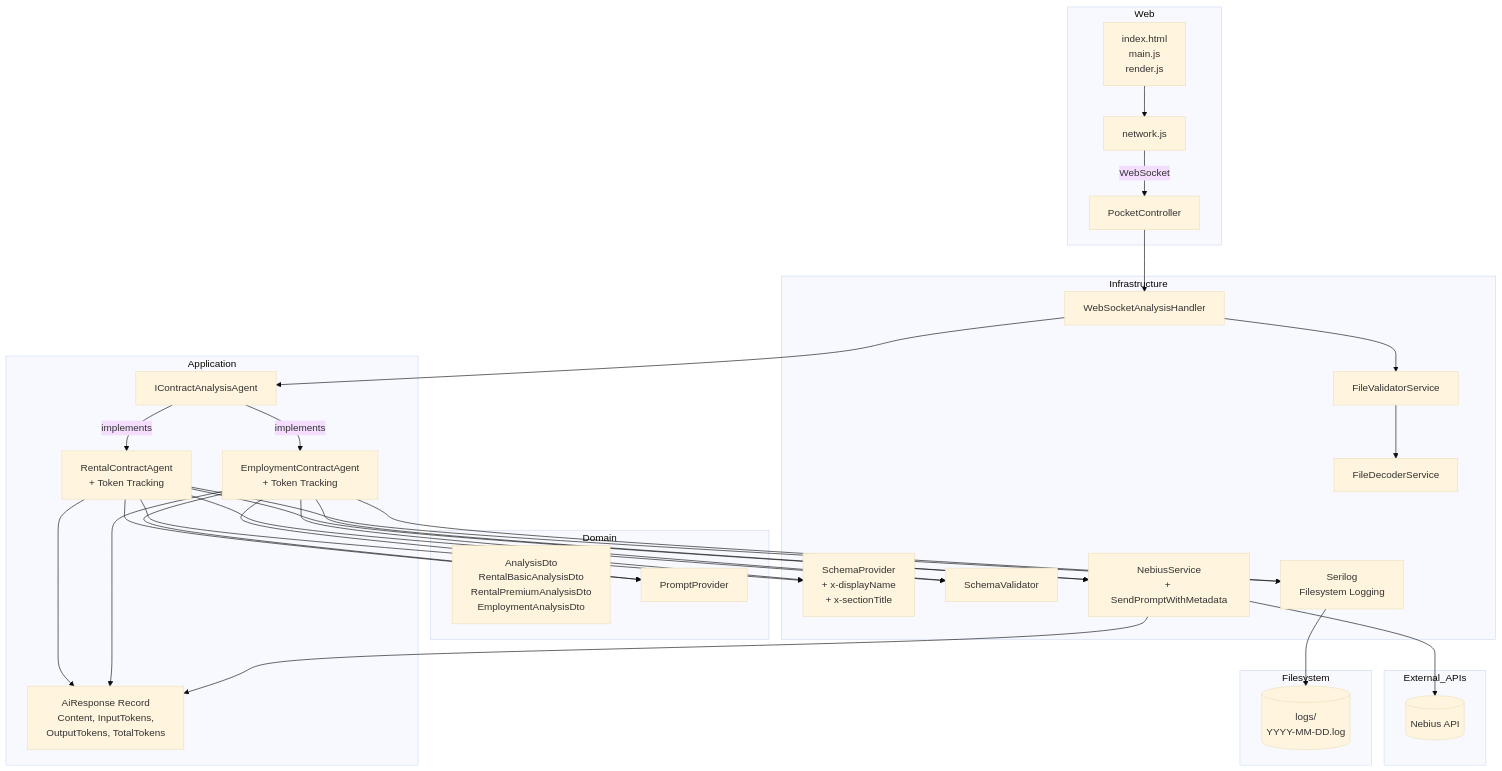
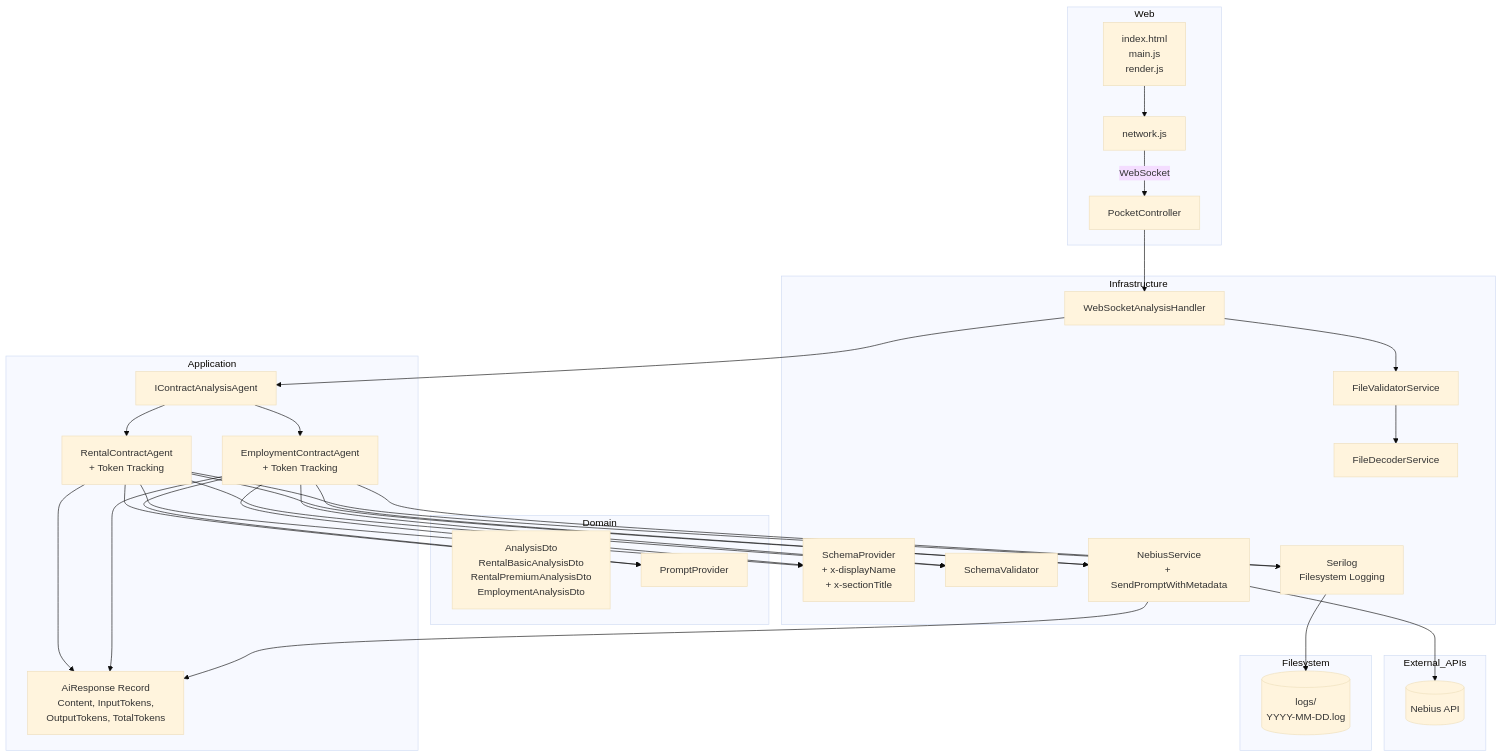
The first of 12 diagrams in docs/Diagrams/diagrams.md (sebastian-305/PocketLawyer), drawn with Mermaid (base theme) before and after one commit.

````diff
--- a/docs/Diagrams/diagrams.md
+++ b/docs/Diagrams/diagrams.md
@@ -5,57 +5,57 @@
 ```mermaid
 graph TD
     subgraph Web
         FE[index.html<br>main.js<br>render.js]
         NET[network.js]
         PC[PocketController]
     end
     subgraph Application
         RCA[RentalContractAgent<br>+ Token Tracking]
         ECA[EmploymentContractAgent<br>+ Token Tracking]
         ICAA[IContractAnalysisAgent]
         AR[AiResponse Record<br>Content, InputTokens,<br>OutputTokens, TotalTokens]
     end
     subgraph Domain
         DTOs[AnalysisDto<br>RentalBasicAnalysisDto<br>RentalPremiumAnalysisDto<br>EmploymentAnalysisDto]
         PP[PromptProvider]
     end
     subgraph Infrastructure
         WSH[WebSocketAnalysisHandler]
         FVS[FileValidatorService]
         FDS[FileDecoderService]
         SP[SchemaProvider<br>+ x-displayName<br>+ x-sectionTitle]
         SV[SchemaValidator]
         NEB[NebiusService<br>+ SendPromptWithMetadata]
         LOG[Serilog<br>Filesystem Logging]
     end
     subgraph External_APIs
         NebiusAPI[(Nebius API)]
     end
     subgraph Filesystem
         LOGS[(logs/<br>YYYY-MM-DD.log)]
     end
 
     FE --> NET
     NET -- WebSocket --> PC
     PC --> WSH
     WSH --> FVS
     FVS --> FDS
     WSH --> ICAA
-    ICAA -- implements --> RCA
-    ICAA -- implements --> ECA
+    ICAA --> RCA
+    ICAA --> ECA
     RCA --> SP
     RCA --> SV
     RCA --> PP
     RCA --> NEB
     RCA --> AR
     RCA --> LOG
     ECA --> SP
     ECA --> SV
     ECA --> PP
     ECA --> NEB
     ECA --> AR
     ECA --> LOG
     NEB --> NebiusAPI
     NEB --> AR
     LOG --> LOGS
 ```
````
